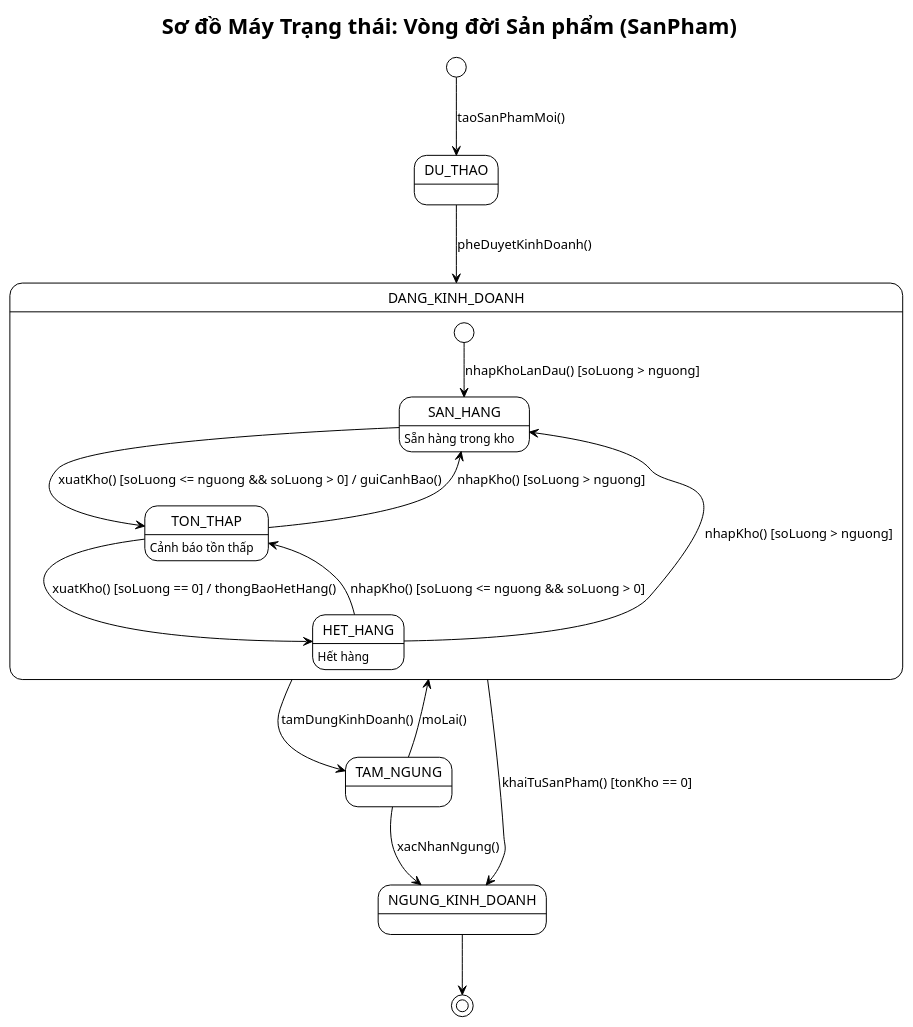
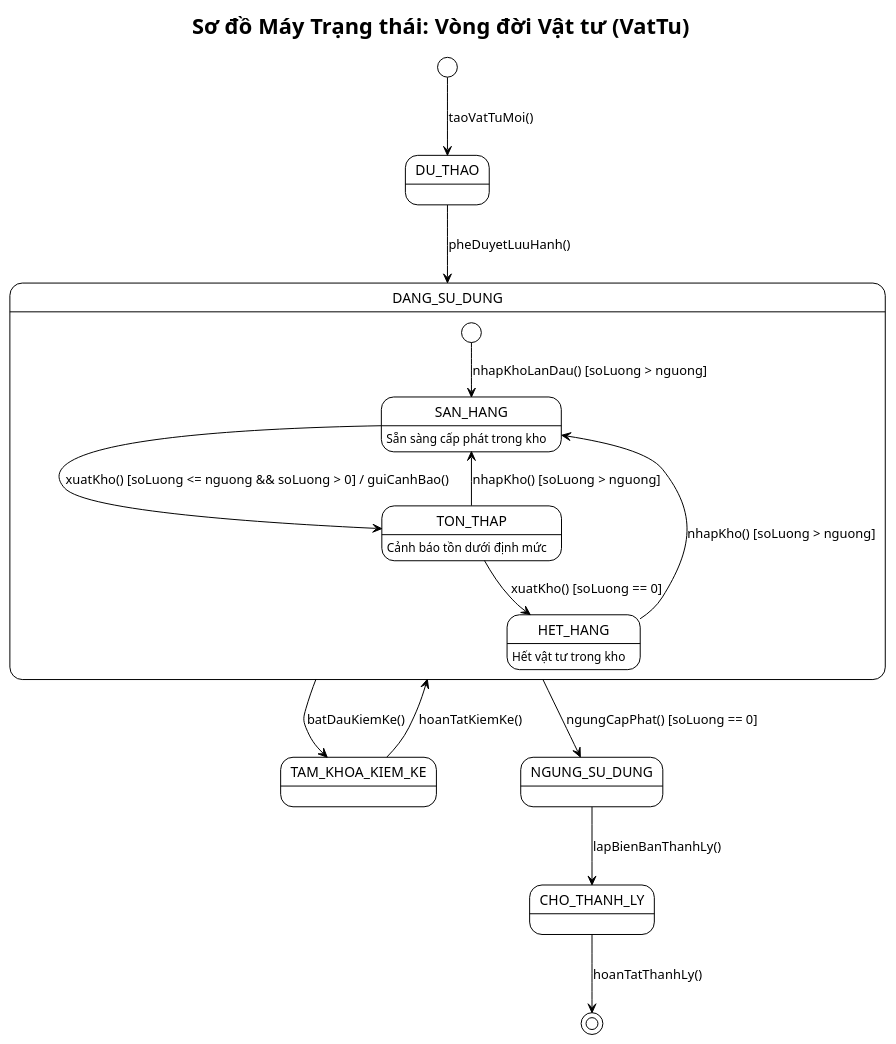
Before and after one commit to vuhoabinh2416137/G8_Quanlysanphamvakhohang: the third of 3 diagrams in BTL-QuanLyKhoHang/plantuml/state-machine.puml, drawn with PlantUML. The commit also changed other lines of this file and 73 other files, not shown here.

Commit message:
refactor: chuyen doi toan bo du an sang Quan ly Kho vat tu noi bo to chuc va bo sung ke hoach phan cong 7 thanh vien

```diff
--- a/BTL-QuanLyKhoHang/plantuml/state-machine.puml
+++ b/BTL-QuanLyKhoHang/plantuml/state-machine.puml
@@ -83,32 +80,29 @@
 @startuml state-san-pham
 !theme plain
 skinparam defaultFontName "Arial"
-title Sơ đồ Máy Trạng thái: Vòng đời Sản phẩm (SanPham)
+title Sơ đồ Máy Trạng thái: Vòng đời Vật tư (VatTu)
 
-[*] --> DU_THAO : taoSanPhamMoi()
+[*] --> DU_THAO : taoVatTuMoi()
 
-DU_THAO --> DANG_KINH_DOANH : pheDuyetKinhDoanh()
+DU_THAO --> DANG_SU_DUNG : pheDuyetLuuHanh()
 
-state DANG_KINH_DOANH {
-    SAN_HANG : Sẵn hàng trong kho
-    TON_THAP : Cảnh báo tồn thấp
-    HET_HANG : Hết hàng
+state DANG_SU_DUNG {
+    SAN_HANG : Sẵn sàng cấp phát trong kho
+    TON_THAP : Cảnh báo tồn dưới định mức
+    HET_HANG : Hết vật tư trong kho
 
     [*] --> SAN_HANG : nhapKhoLanDau() [soLuong > nguong]
 
     SAN_HANG --> TON_THAP : xuatKho() [soLuong <= nguong && soLuong > 0] / guiCanhBao()
     TON_THAP --> SAN_HANG : nhapKho() [soLuong > nguong]
-
-    TON_THAP --> HET_HANG : xuatKho() [soLuong == 0] / thongBaoHetHang()
+    TON_THAP --> HET_HANG : xuatKho() [soLuong == 0]
     HET_HANG --> SAN_HANG : nhapKho() [soLuong > nguong]
-    HET_HANG --> TON_THAP : nhapKho() [soLuong <= nguong && soLuong > 0]
 }
 
-DANG_KINH_DOANH --> TAM_NGUNG : tamDungKinhDoanh()
-TAM_NGUNG --> DANG_KINH_DOANH : moLai()
+DANG_SU_DUNG --> TAM_KHOA_KIEM_KE : batDauKiemKe()
+TAM_KHOA_KIEM_KE --> DANG_SU_DUNG : hoanTatKiemKe()
 
-DANG_KINH_DOANH --> NGUNG_KINH_DOANH : khaiTuSanPham() [tonKho == 0]
-TAM_NGUNG --> NGUNG_KINH_DOANH : xacNhanNgung()
-
-NGUNG_KINH_DOANH --> [*]
+DANG_SU_DUNG --> NGUNG_SU_DUNG : ngungCapPhat() [soLuong == 0]
+NGUNG_SU_DUNG --> CHO_THANH_LY : lapBienBanThanhLy()
+CHO_THANH_LY --> [*] : hoanTatThanhLy()
 @enduml
```
